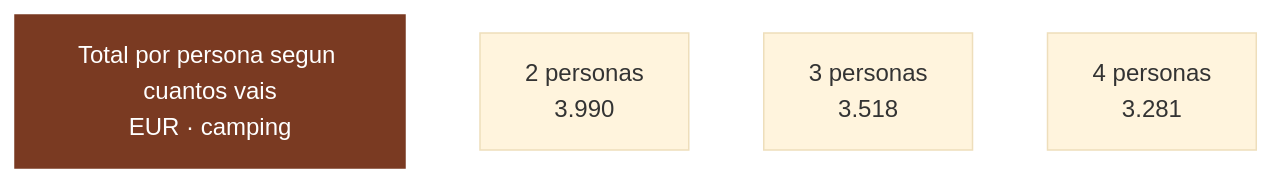
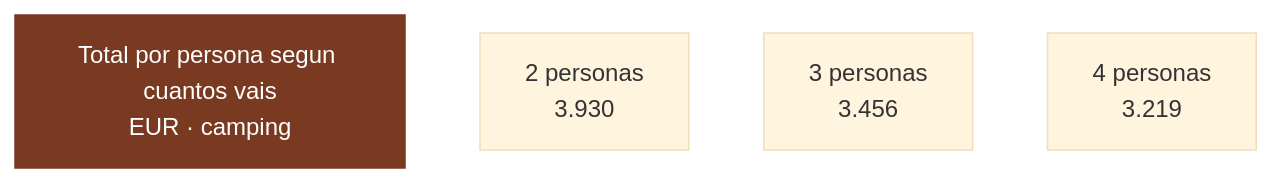
The eighth of 8 diagrams in 02-presupuesto.md (morandeirachema/namibia), drawn with Mermaid (base theme) before and after one commit. The commit also changed other lines of this file and 44 other files, not shown here.

````diff
--- a/02-presupuesto.md
+++ b/02-presupuesto.md
@@ -665,11 +709,11 @@
 ```mermaid
 flowchart LR
     T["Total por persona segun cuantos vais<br/>EUR · camping"]
-    n0["2 personas<br/>3.990"]
-    n1["3 personas<br/>3.518"]
-    n2["4 personas<br/>3.281"]
+    n0["2 personas<br/>3.930"]
+    n1["3 personas<br/>3.456"]
+    n2["4 personas<br/>3.219"]
     T ~~~ n0
     n0 ~~~ n1
     n1 ~~~ n2
     style T fill:#7a3a22,color:#fff,stroke:#7a3a22
 ```
````
